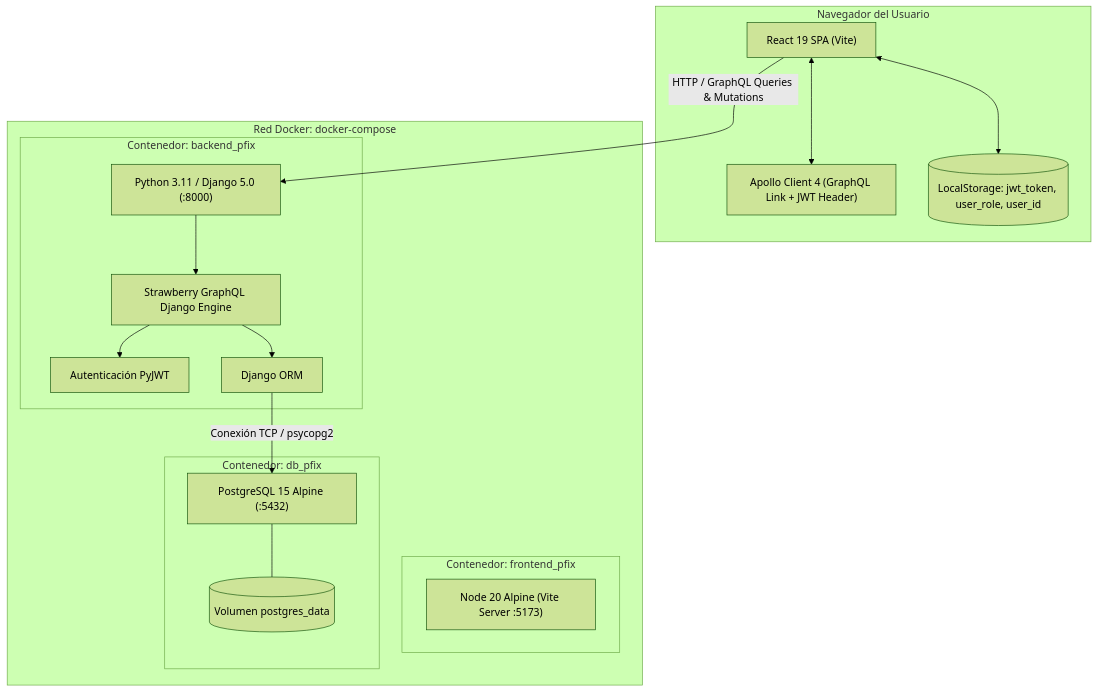
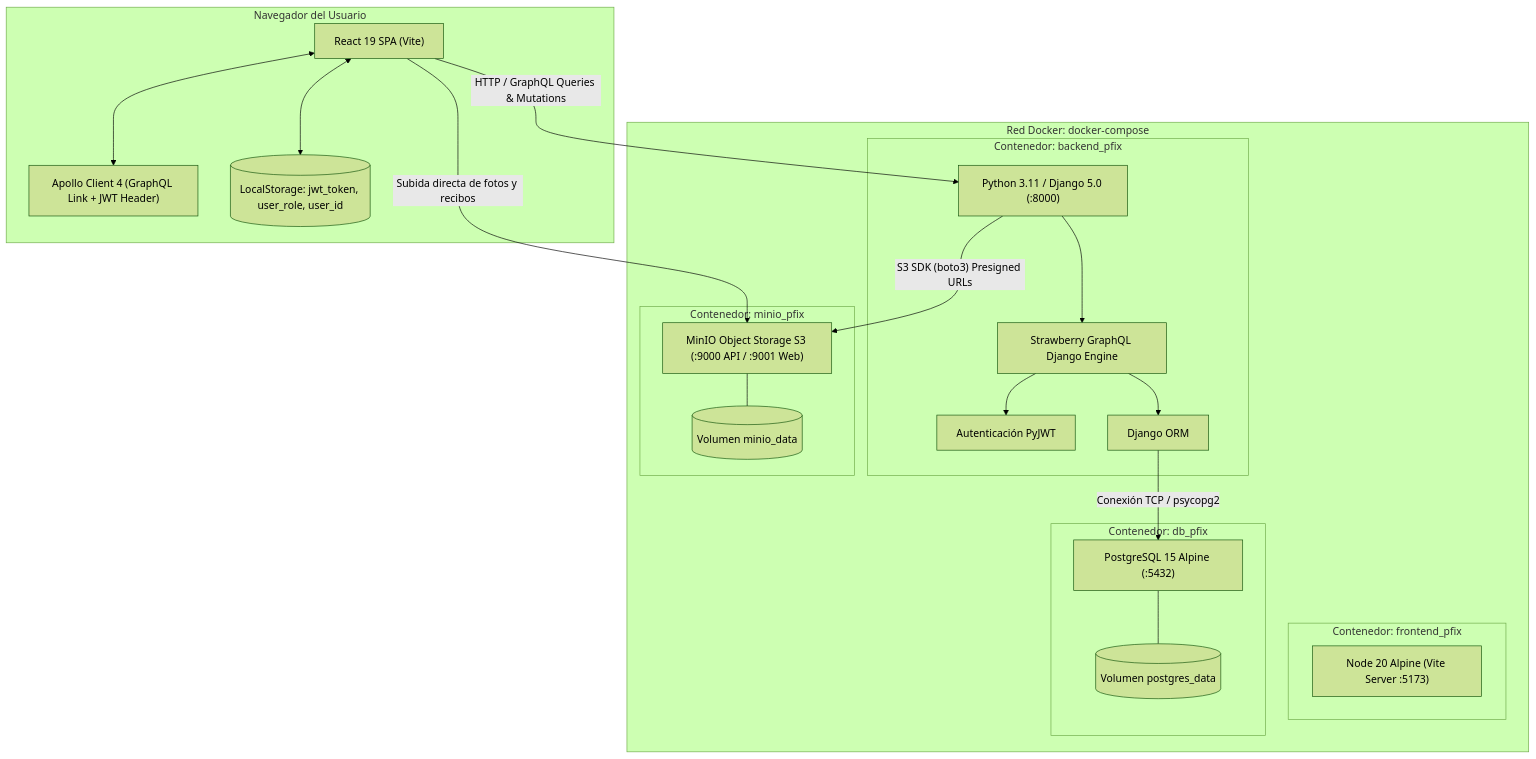
Before and after one commit to AireyuC/proyectoPF: the first of 2 diagrams in Docs/02_ARQUITECTURA_Y_TECNOLOGIAS.md, drawn with Mermaid (forest theme). The commit also changed other lines of this file and 15 other files, not shown here.

````diff
--- a/Docs/02_ARQUITECTURA_Y_TECNOLOGIAS.md
+++ b/Docs/02_ARQUITECTURA_Y_TECNOLOGIAS.md
@@ -7,36 +7,44 @@
 ```mermaid
 graph TB
     subgraph Browser["Navegador del Usuario"]
         SPA["React 19 SPA (Vite)"]
         Apollo["Apollo Client 4 (GraphQL Link + JWT Header)"]
         LocalStorage[("LocalStorage: jwt_token, user_role, user_id")]
         SPA <--> Apollo
         SPA <--> LocalStorage
     end
 
     subgraph DockerNetwork["Red Docker: docker-compose"]
         subgraph FrontendContainer["Contenedor: frontend_pfix"]
             ViteDevServer["Node 20 Alpine (Vite Server :5173)"]
         end
 
         subgraph BackendContainer["Contenedor: backend_pfix"]
             DjangoApp["Python 3.11 / Django 5.0 (:8000)"]
             Strawberry["Strawberry GraphQL Django Engine"]
             JWTAuth["Autenticación PyJWT"]
             DjangoORM["Django ORM"]
             
             DjangoApp --> Strawberry
             Strawberry --> JWTAuth
             Strawberry --> DjangoORM
         end
 
         subgraph DatabaseContainer["Contenedor: db_pfix"]
             Postgres["PostgreSQL 15 Alpine (:5432)"]
             PGData[("Volumen postgres_data")]
             Postgres --- PGData
         end
+
+        subgraph StorageContainer["Contenedor: minio_pfix"]
+            MinIO["MinIO Object Storage S3 (:9000 API / :9001 Web)"]
+            MinIOData[("Volumen minio_data")]
+            MinIO --- MinIOData
+        end
     end
 
     SPA -- "HTTP / GraphQL Queries & Mutations" --> DjangoApp
     DjangoORM -- "Conexión TCP / psycopg2" --> Postgres
+    DjangoApp -- "S3 SDK (boto3) Presigned URLs" --> MinIO
+    SPA -- "Subida directa de fotos y recibos" --> MinIO
 ```
````
